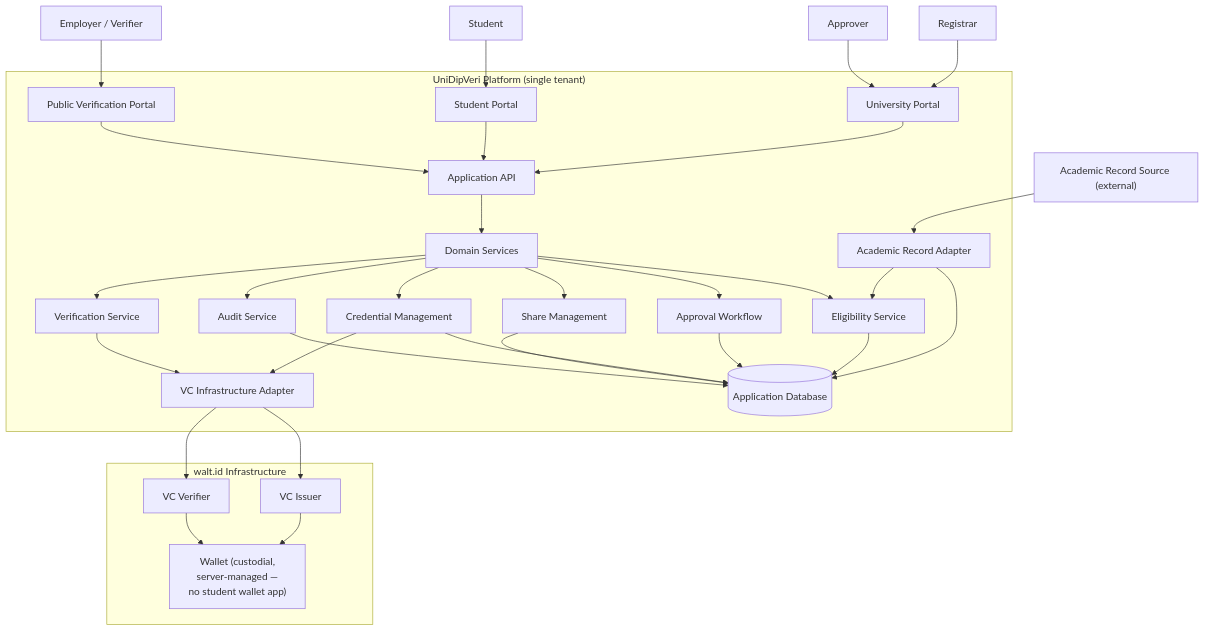
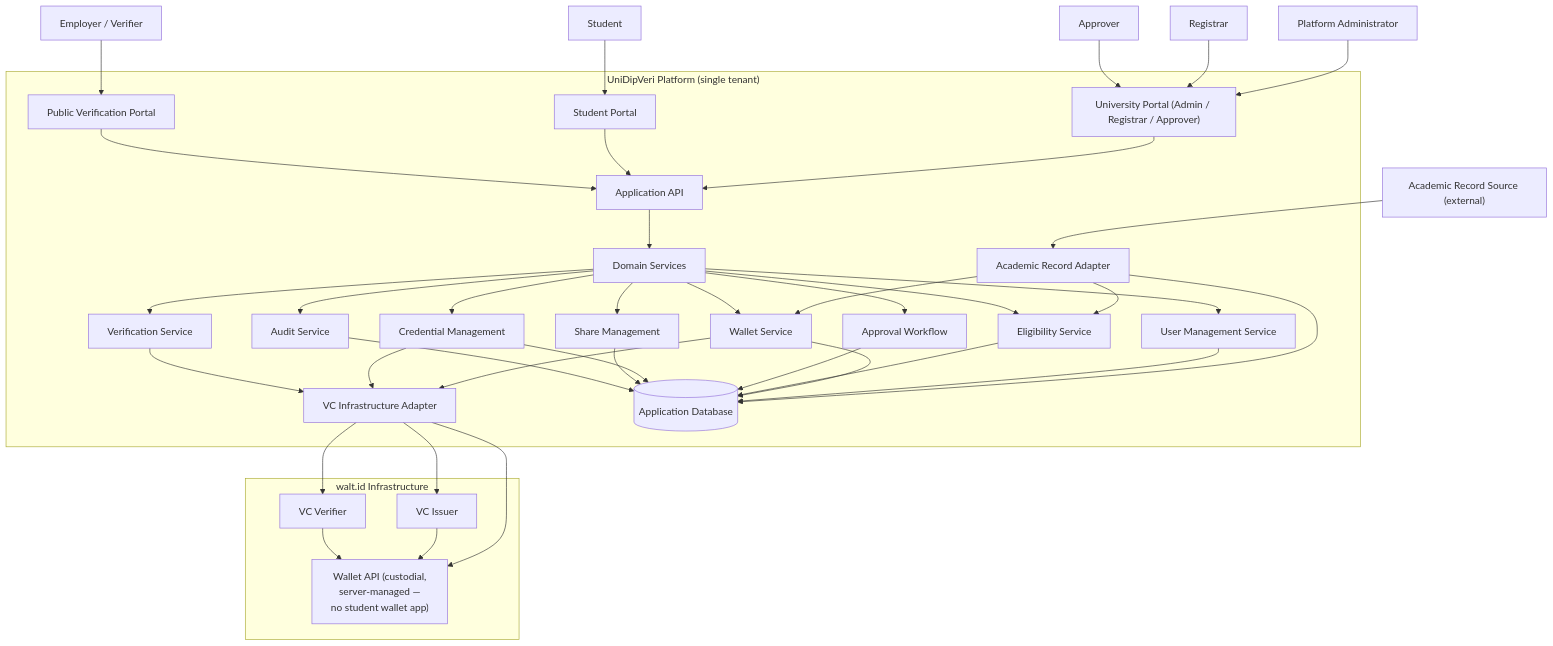
Before and after one commit to huypengin/UniDipVeri: the diagram in docs/03-design/Architecture_Design.md, drawn with Mermaid. The commit also changed other lines of this file and 6 other files, not shown here.

````diff
--- a/docs/03-design/Architecture_Design.md
+++ b/docs/03-design/Architecture_Design.md
@@ -134,71 +150,82 @@
 ```mermaid
 flowchart TB
 
     Source["Academic Record Source (external)"]
+    Admin["Platform Administrator"]
     Registrar["Registrar"]
     Approver["Approver"]
     Student["Student"]
     Verifier["Employer / Verifier"]
 
     subgraph UDV["UniDipVeri Platform (single tenant)"]
         RecordAdapter["Academic Record Adapter"]
 
-        UI1["University Portal"]
+        UI1["University Portal (Admin / Registrar / Approver)"]
         UI2["Student Portal"]
         UI3["Public Verification Portal"]
 
         API["Application API"]
 
         Domain["Domain Services"]
+        UserMgmt["User Management Service"]
+        WalletMgmt["Wallet Service"]
         Eligibility["Eligibility Service"]
         Approval["Approval Workflow"]
         Share["Share Management"]
         Credential["Credential Management"]
         Verify["Verification Service"]
         Audit["Audit Service"]
 
         VCAdapter["VC Infrastructure Adapter"]
         DB[("Application Database")]
     end
 
     subgraph Walt["walt.id Infrastructure"]
         Issuer["VC Issuer"]
-        Wallet["Wallet (custodial,\nserver-managed —\nno student wallet app)"]
+        Wallet["Wallet API (custodial,\nserver-managed —\nno student wallet app)"]
         WaltVerifier["VC Verifier"]
     end
 
     Source --> RecordAdapter
     RecordAdapter --> DB
+    RecordAdapter --> WalletMgmt
     RecordAdapter --> Eligibility
 
+    Admin --> UI1
     Registrar --> UI1
     Approver --> UI1
     Student --> UI2
     Verifier --> UI3
 
     UI1 --> API
     UI2 --> API
     UI3 --> API
 
     API --> Domain
+    Domain --> UserMgmt
+    Domain --> WalletMgmt
     Domain --> Eligibility
     Domain --> Approval
     Domain --> Credential
     Domain --> Share
     Domain --> Verify
     Domain --> Audit
 
+    UserMgmt --> DB
+    WalletMgmt --> DB
     Eligibility --> DB
     Approval --> DB
     Credential --> DB
     Share --> DB
     Audit --> DB
 
+    WalletMgmt --> VCAdapter
     Credential --> VCAdapter
     Verify --> VCAdapter
 
+    VCAdapter --> Wallet
     VCAdapter --> Issuer
     Issuer --> Wallet
     VCAdapter --> WaltVerifier
     WaltVerifier --> Wallet
 ```
````
